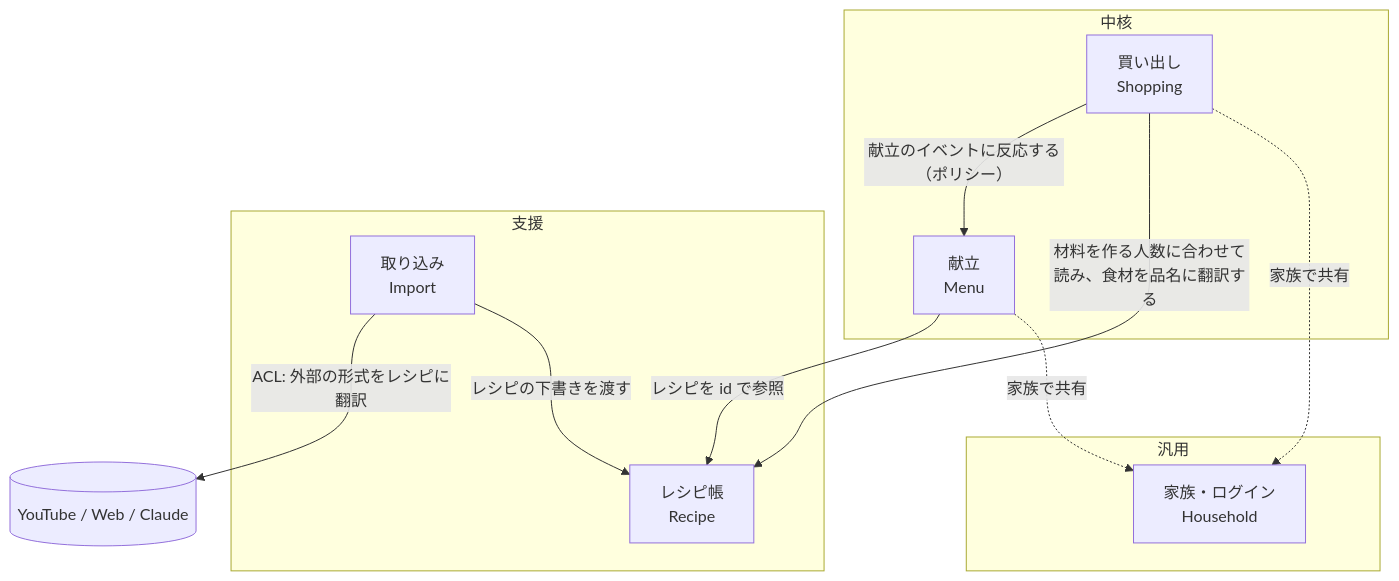
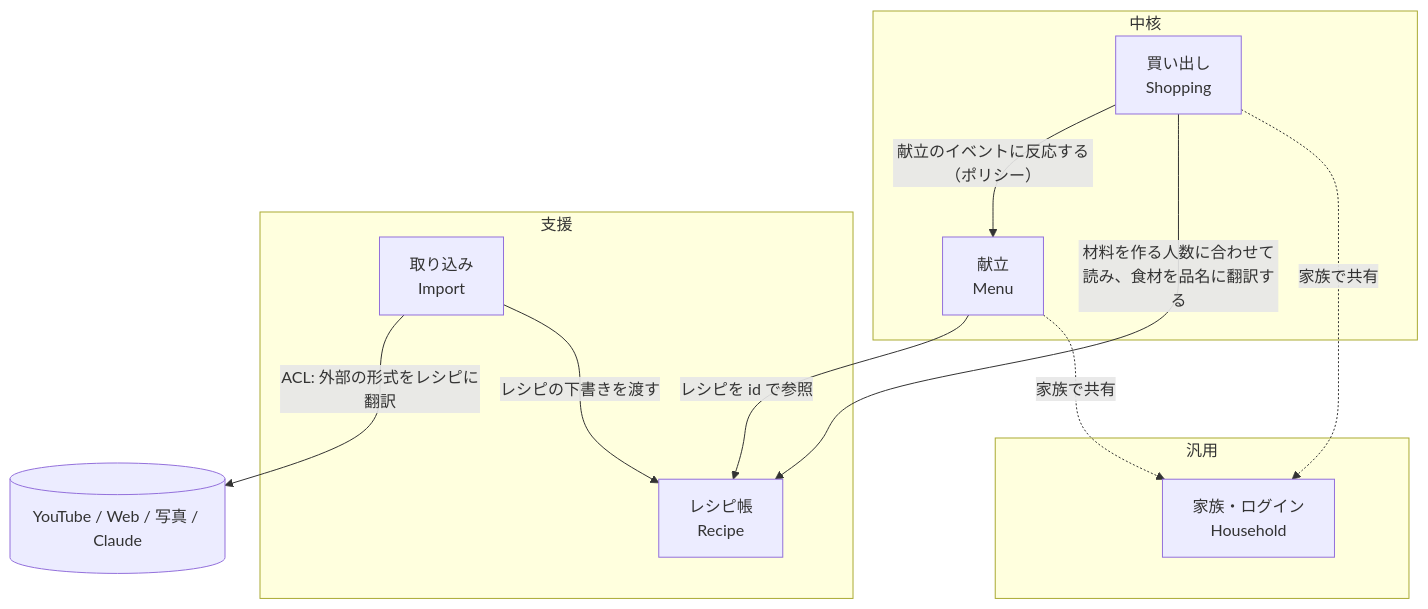
The diagram in docs/domain/context-map.md (masaya722/cook-share), drawn with Mermaid before and after one commit. The commit also changed other lines of this file and 19 other files, not shown here.

````diff
--- a/docs/domain/context-map.md
+++ b/docs/domain/context-map.md
@@ -5,23 +5,23 @@
 ```mermaid
 flowchart TB
   subgraph Core[中核]
     Menu[献立<br/>Menu]
     Shopping[買い出し<br/>Shopping]
   end
   subgraph Supporting[支援]
     Recipe[レシピ帳<br/>Recipe]
     Import[取り込み<br/>Import]
   end
   subgraph Generic[汎用]
     Household[家族・ログイン<br/>Household]
   end
-  External[(YouTube / Web / Claude)]
+  External[(YouTube / Web / 写真 / Claude)]
 
   Import -- ACL: 外部の形式をレシピに翻訳 --> External
   Import -- レシピの下書きを渡す --> Recipe
   Menu -- レシピを id で参照 --> Recipe
   Shopping -- 献立のイベントに反応する（ポリシー） --> Menu
   Shopping -- 材料を作る人数に合わせて読み、食材を品名に翻訳する --> Recipe
   Shopping -. 家族で共有 .-> Household
   Menu -. 家族で共有 .-> Household
 ```
````
